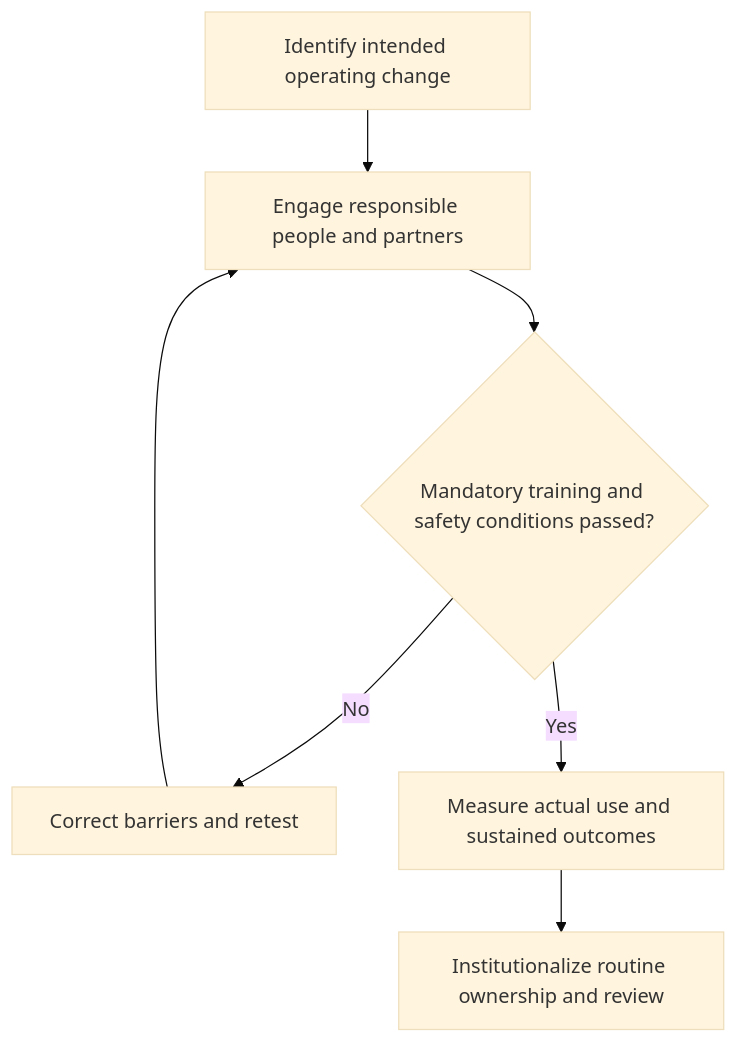
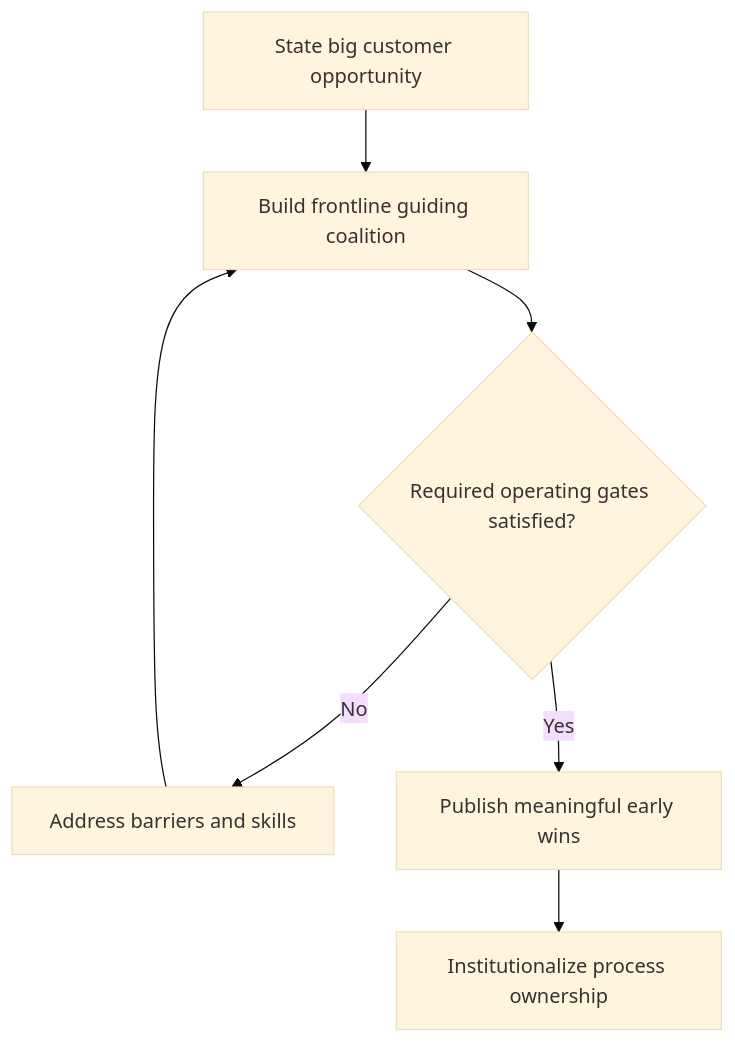
One commit to theleanx/SupplyChain-Design-Notes changed the diagram in 08-optimization-sustainability-technology/section-c-technology-trends/16-change-management-kotter-urgency-and-coalitions.md. Above: the diagram before and after it, drawn with Mermaid (base theme). The commit also changed other lines of this file and 8 other files, not shown here.

Commit message:
refactor(module8): make C10-C18 decision logic, Mermaid, and practitioner notes topic-specific

````diff
--- a/08-optimization-sustainability-technology/section-c-technology-trends/16-change-management-kotter-urgency-and-coalitions.md
+++ b/08-optimization-sustainability-technology/section-c-technology-trends/16-change-management-kotter-urgency-and-coalitions.md
@@ -40,9 +40,9 @@
 ```mermaid
 flowchart TD
-    A[Identify intended operating change] --> B[Engage responsible people and partners]
-    B --> C{Mandatory training and safety conditions passed?}
-    C -- No --> D[Correct barriers and retest]
+    A[State big customer opportunity] --> B[Build frontline guiding coalition]
+    B --> C{Required operating gates satisfied?}
+    C -- No --> D[Address barriers and skills]
     D --> B
-    C -- Yes --> E[Measure actual use and sustained outcomes]
-    E --> F[Institutionalize routine ownership and review]
+    C -- Yes --> E[Publish meaningful early wins]
+    E --> F[Institutionalize process ownership]
 ```
````
